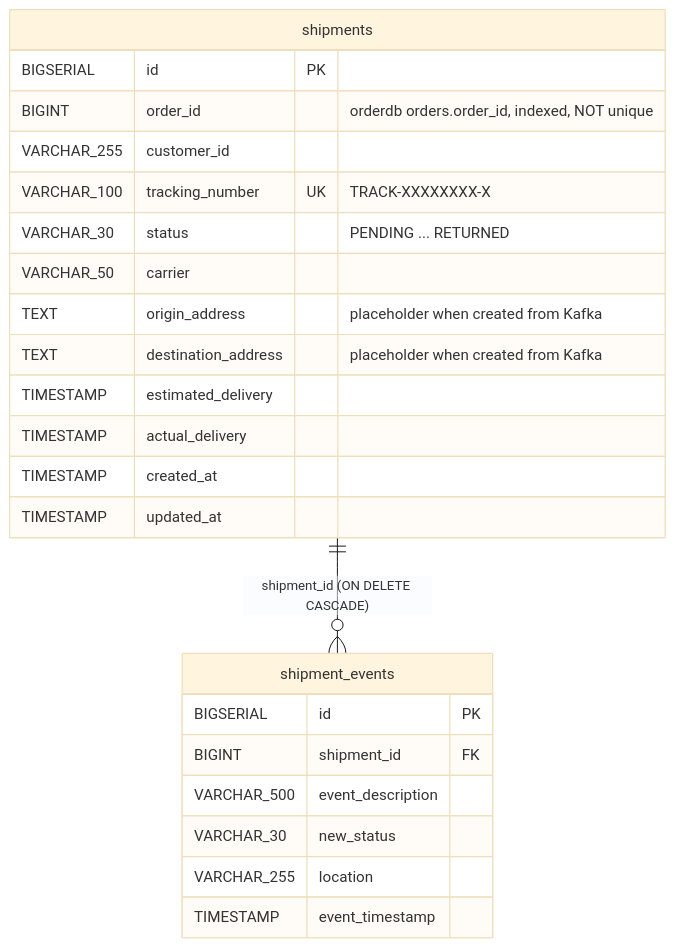
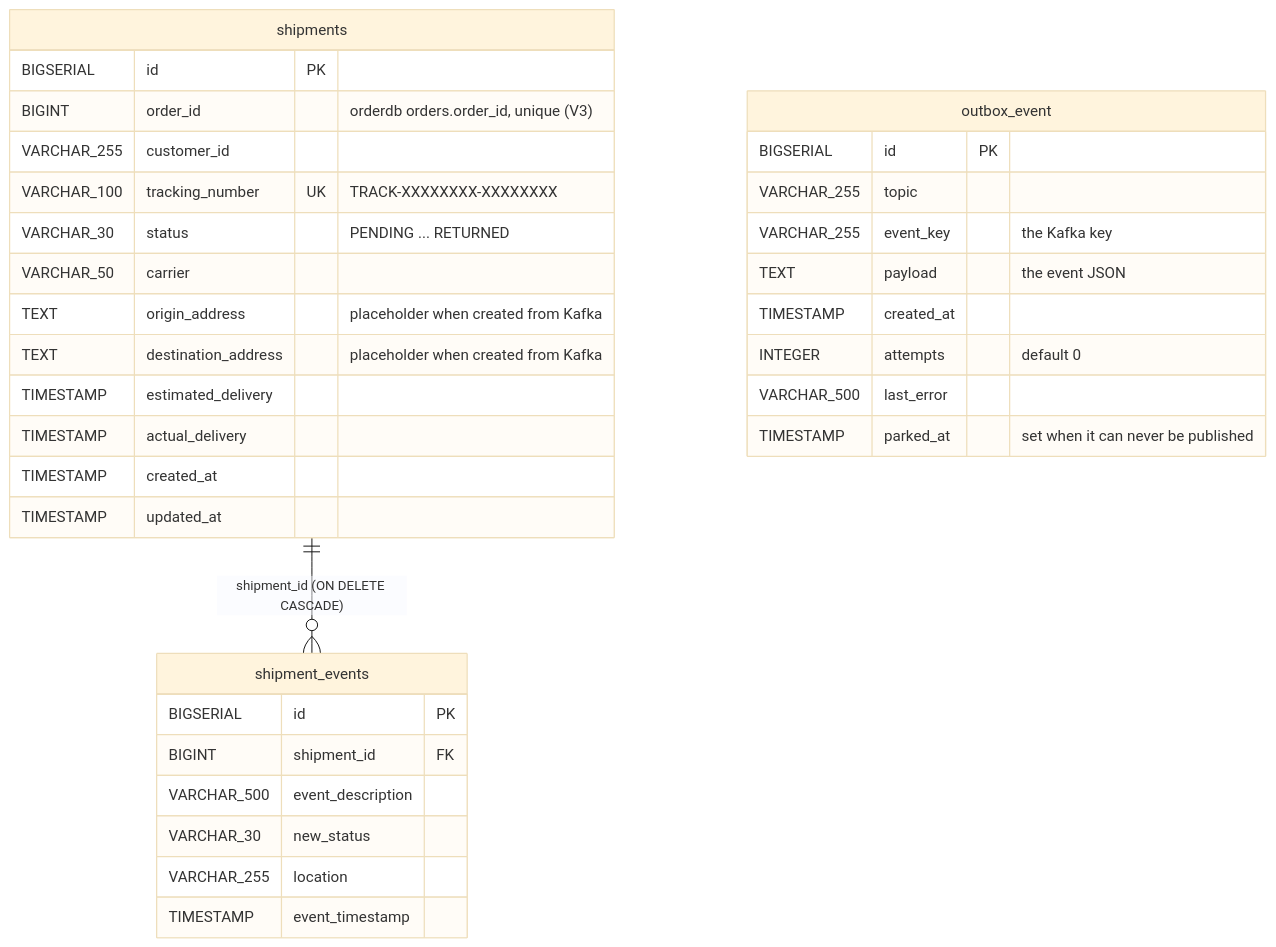
Before and after one commit to bmcnpnr/ecommerce-platform: the fifth of 7 diagrams in docs/data-model.md, drawn with Mermaid (base theme). The commit also changed other lines of this file and 58 other files, not shown here.

````diff
--- a/docs/data-model.md
+++ b/docs/data-model.md
@@ -147,26 +185,36 @@
 ```mermaid
 erDiagram
     shipments ||--o{ shipment_events : "shipment_id (ON DELETE CASCADE)"
     shipments {
         BIGSERIAL id PK
-        BIGINT order_id "orderdb orders.order_id, indexed, NOT unique"
+        BIGINT order_id "orderdb orders.order_id, unique (V3)"
         VARCHAR_255 customer_id
-        VARCHAR_100 tracking_number UK "TRACK-XXXXXXXX-X"
+        VARCHAR_100 tracking_number UK "TRACK-XXXXXXXX-XXXXXXXX"
         VARCHAR_30 status "PENDING ... RETURNED"
         VARCHAR_50 carrier
         TEXT origin_address "placeholder when created from Kafka"
         TEXT destination_address "placeholder when created from Kafka"
         TIMESTAMP estimated_delivery
         TIMESTAMP actual_delivery
         TIMESTAMP created_at
         TIMESTAMP updated_at
     }
     shipment_events {
         BIGSERIAL id PK
         BIGINT shipment_id FK
         VARCHAR_500 event_description
         VARCHAR_30 new_status
         VARCHAR_255 location
         TIMESTAMP event_timestamp
     }
+    outbox_event {
+        BIGSERIAL id PK
+        VARCHAR_255 topic
+        VARCHAR_255 event_key "the Kafka key"
+        TEXT payload "the event JSON"
+        TIMESTAMP created_at
+        INTEGER attempts "default 0"
+        VARCHAR_500 last_error
+        TIMESTAMP parked_at "set when it can never be published"
+    }
 ```
````
